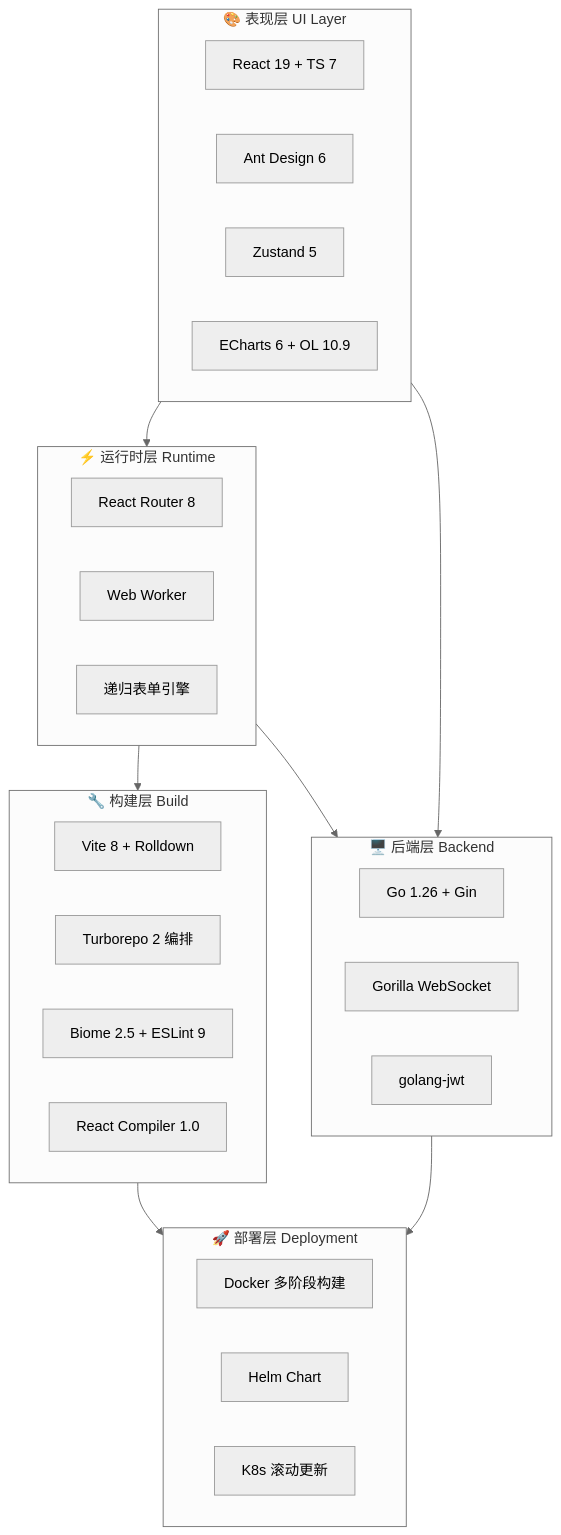
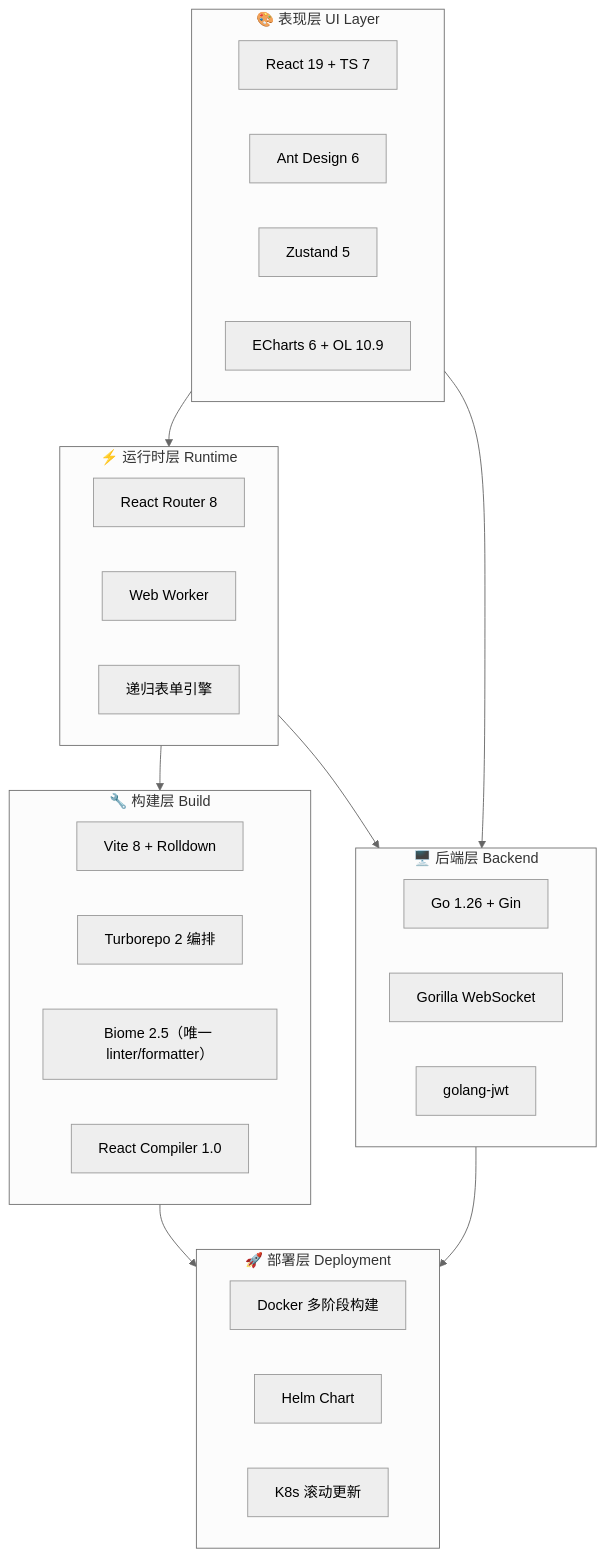
One commit to KMaybe01/interview-demo changed the second of 49 diagrams in docs/S4-面试冲刺/00-面试技术亮点汇总.md. Above: the diagram before and after it, drawn with Mermaid (neutral theme). The commit also changed other lines of this file and 2 other files, not shown here.

````diff
--- a/docs/S4-面试冲刺/00-面试技术亮点汇总.md
+++ b/docs/S4-面试冲刺/00-面试技术亮点汇总.md
@@ -74,40 +74,40 @@
 ```mermaid
 graph TB
     subgraph UI["🎨 表现层 UI Layer"]
         React["React 19 + TS 7"]
         Antd["Ant Design 6"]
         Zustand["Zustand 5"]
         Charts["ECharts 6 + OL 10.9"]
     end
 
     subgraph Runtime["⚡ 运行时层 Runtime"]
         Router["React Router 8"]
         Worker["Web Worker"]
         Form["递归表单引擎"]
     end
 
     subgraph Build["🔧 构建层 Build"]
         Vite["Vite 8 + Rolldown"]
         Turbo["Turborepo 2 编排"]
-        Biome["Biome 2.5 + ESLint 9"]
+        Biome["Biome 2.5（唯一 linter/formatter）"]
         Babel["React Compiler 1.0"]
     end
 
     subgraph Backend["🖥️ 后端层 Backend"]
         Go["Go 1.26 + Gin"]
         WS["Gorilla WebSocket"]
         JWT["golang-jwt"]
     end
 
     subgraph Deploy["🚀 部署层 Deployment"]
         Docker["Docker 多阶段构建"]
         Helm["Helm Chart"]
         K8s["K8s 滚动更新"]
     end
 
     UI --> Runtime --> Build
     UI --> Backend
     Runtime --> Backend
     Build --> Deploy
     Backend --> Deploy
 ```
````
